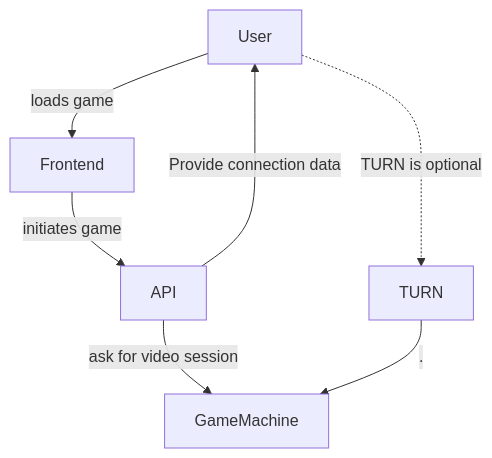
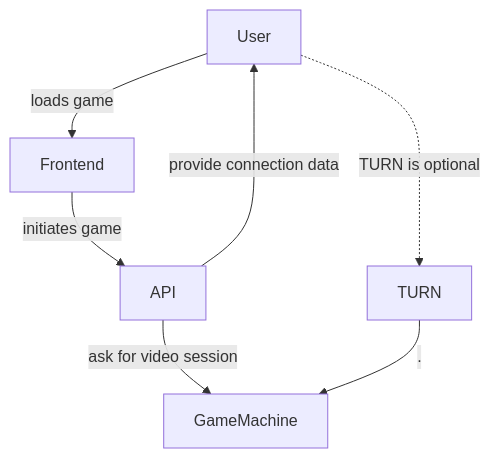
Before and after one commit to nosovk/flowershow: the first of 2 diagrams in content/Projects/ROP/RLS-certification.md, drawn with Mermaid.

Commit message:
Update content content/Projects/ROP/RLS-certification.md

````diff
--- a/content/Projects/ROP/RLS-certification.md
+++ b/content/Projects/ROP/RLS-certification.md
@@ -3,9 +3,9 @@
 ```mermaid
-flowchart
-  User -->|loads game| Frontend
+flowchart TD
+  User --> |loads game| Frontend
   Frontend --> |initiates game| API
   API --> |ask for video session| GameMachine 
-  API --> |Provide connection data| User
+  API --> |provide connection data| User
   User -.-> |TURN is optional| TURN
   TURN --.--> GameMachine
 ```
````
